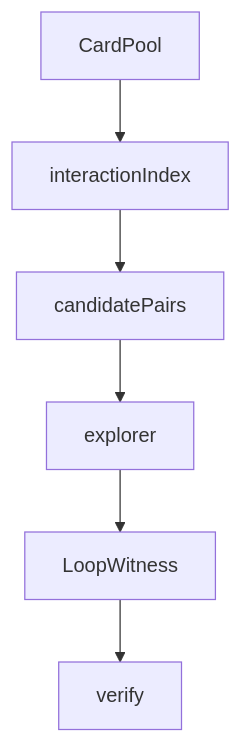
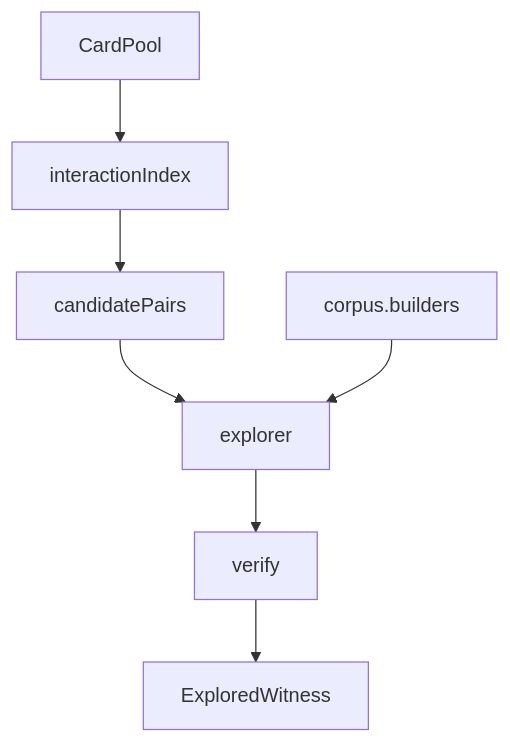
One commit to witzbeck/mtg-loop-engine changed the diagram in src/mtg_loop_engine/search/README.md. Above: the diagram before and after it, drawn with Mermaid. The commit also changed other lines of this file and 11 other files, not shown here.

First line of the commit message:
Verify discovered loops once and lock explorer contracts

````diff
--- a/src/mtg_loop_engine/search/README.md
+++ b/src/mtg_loop_engine/search/README.md
@@ -9,8 +9,9 @@
 ```mermaid
 graph TB;
   pool[CardPool] --> index[interactionIndex];
   index --> pairs[candidatePairs];
   pairs --> explorer[explorer];
-  explorer --> witness[LoopWitness];
-  witness --> verifier[verify];
+  builders[corpus.builders] --> explorer;
+  explorer --> verifier[verify];
+  verifier --> hit[ExploredWitness];
 ```
````
